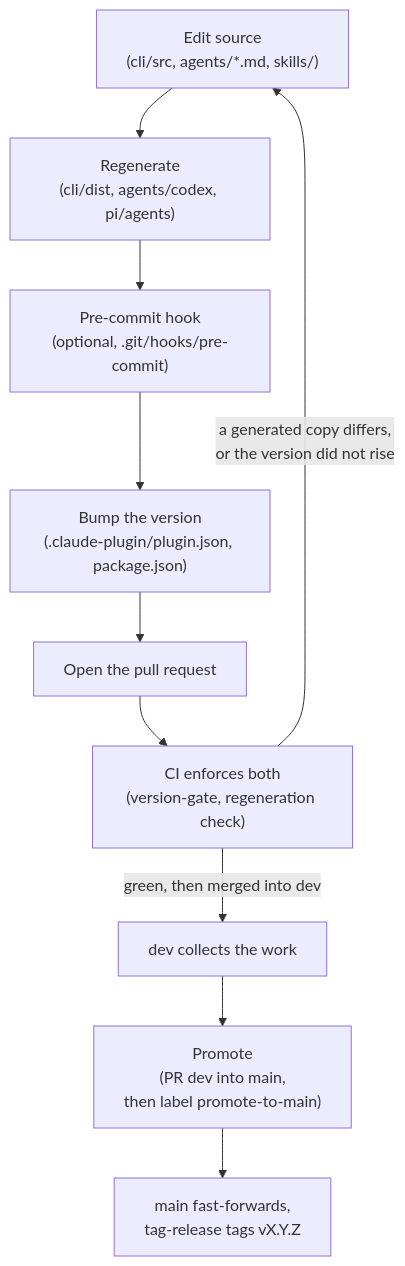
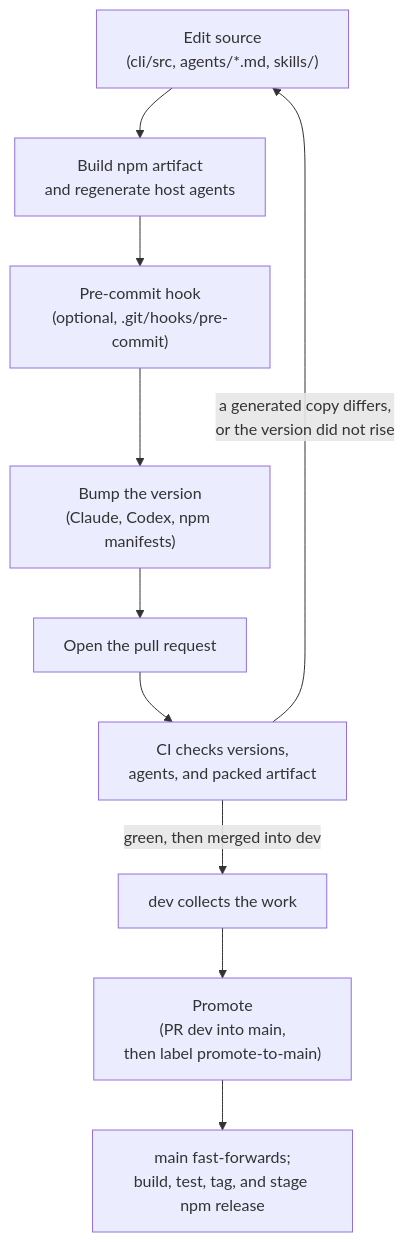
Before and after one commit to ac8318740/acstack: the diagram in CONTRIBUTING.md, drawn with Mermaid. The commit also changed other lines of this file and 20 other files, not shown here.

First line of the commit message:
feat: distribute ACStack as a prebuilt npm package

````diff
--- a/CONTRIBUTING.md
+++ b/CONTRIBUTING.md
@@ -14,12 +11,12 @@
 ```mermaid
 flowchart TD
-    S["Edit source<br/>(cli/src, agents/*.md, skills/)"] --> G["Regenerate<br/>(cli/dist, agents/codex, pi/agents)"]
+    S["Edit source<br/>(cli/src, agents/*.md, skills/)"] --> G["Build npm artifact<br/>and regenerate host agents"]
     G --> H["Pre-commit hook<br/>(optional, .git/hooks/pre-commit)"]
-    H --> B["Bump the version<br/>(.claude-plugin/plugin.json, package.json)"]
+    H --> B["Bump the version<br/>(Claude, Codex, npm manifests)"]
     B --> P["Open the pull request"]
-    P --> CI["CI enforces both<br/>(version-gate, regeneration check)"]
+    P --> CI["CI checks versions,<br/>agents, and packed artifact"]
     CI -->|"a generated copy differs,<br/>or the version did not rise"| S
     CI -->|"green, then merged into dev"| D["dev collects the work"]
     D --> L["Promote<br/>(PR dev into main,<br/>then label promote-to-main)"]
-    L --> T["main fast-forwards,<br/>tag-release tags vX.Y.Z"]
+    L --> T["main fast-forwards;<br/>build, test, tag, and stage npm release"]
 ```
````
